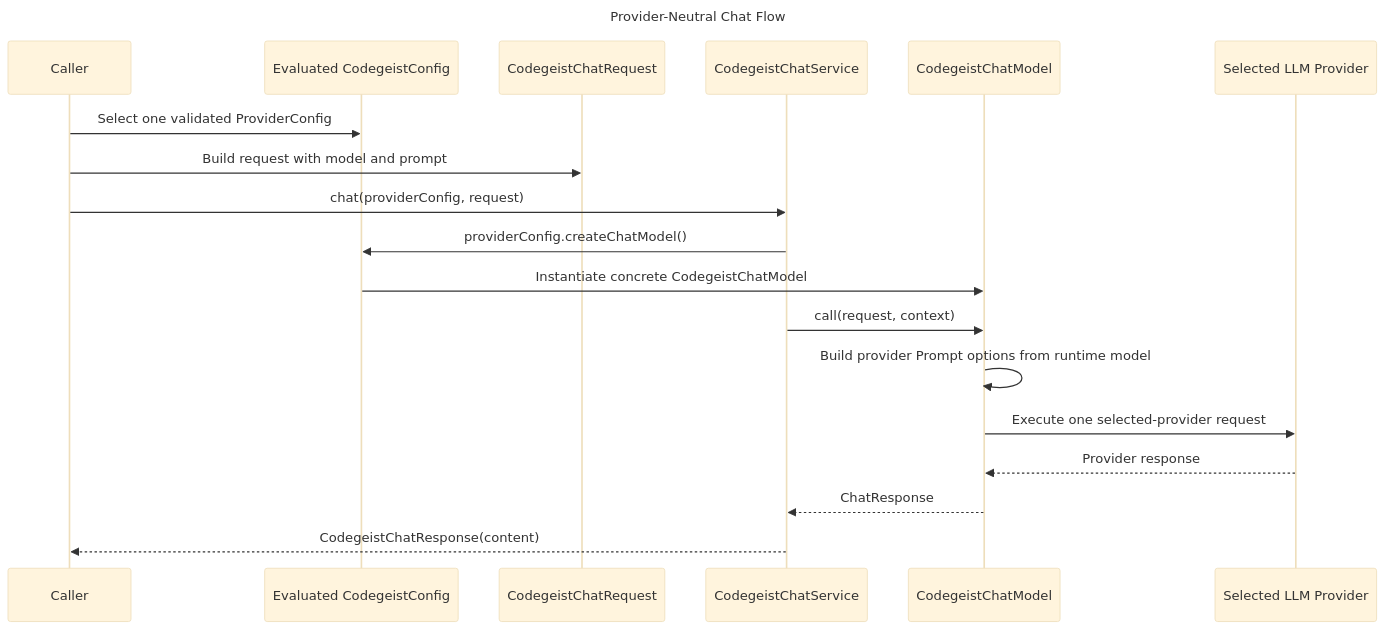
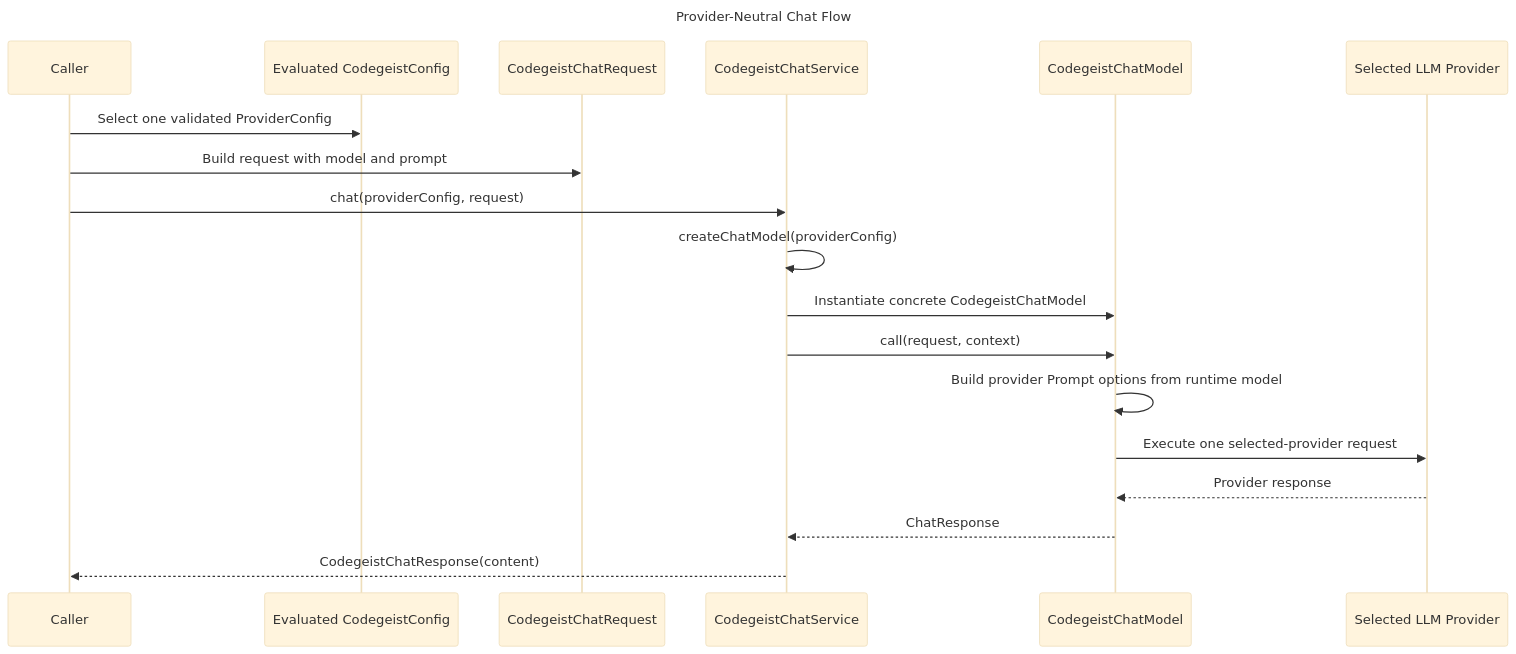
Before and after one commit to codegeist-ai/codegeist: the first of 3 diagrams in docs/developer/specification/llm-provider-implementation.md, drawn with Mermaid (base theme). The commit also changed other lines of this file and 45 other files, not shown here.

````diff
--- a/docs/developer/specification/llm-provider-implementation.md
+++ b/docs/developer/specification/llm-provider-implementation.md
@@ -21,23 +21,23 @@
 ```mermaid
 sequenceDiagram
     title Provider-Neutral Chat Flow
 
     participant Caller as Caller
     participant Config as Evaluated CodegeistConfig
     participant Request as CodegeistChatRequest
     participant Service as CodegeistChatService
     participant Model as CodegeistChatModel
     participant Provider as Selected LLM Provider
 
     Caller->>Config: Select one validated ProviderConfig
     Caller->>Request: Build request with model and prompt
     Caller->>Service: chat(providerConfig, request)
-    Service->>Config: providerConfig.createChatModel()
-    Config->>Model: Instantiate concrete CodegeistChatModel
+    Service->>Service: createChatModel(providerConfig)
+    Service->>Model: Instantiate concrete CodegeistChatModel
     Service->>Model: call(request, context)
     Model->>Model: Build provider Prompt options from runtime model
     Model->>Provider: Execute one selected-provider request
     Provider-->>Model: Provider response
     Model-->>Service: ChatResponse
     Service-->>Caller: CodegeistChatResponse(content)
 ```
````
